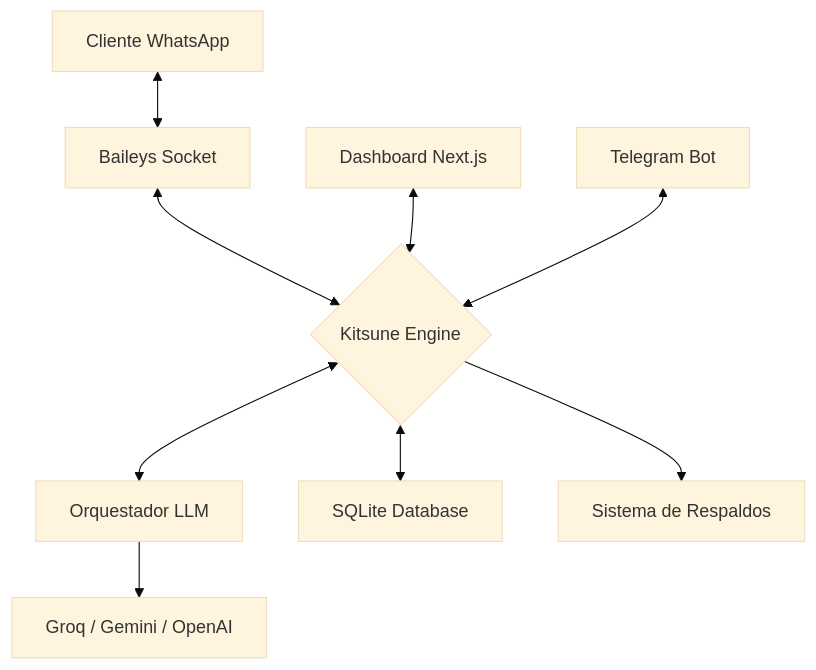
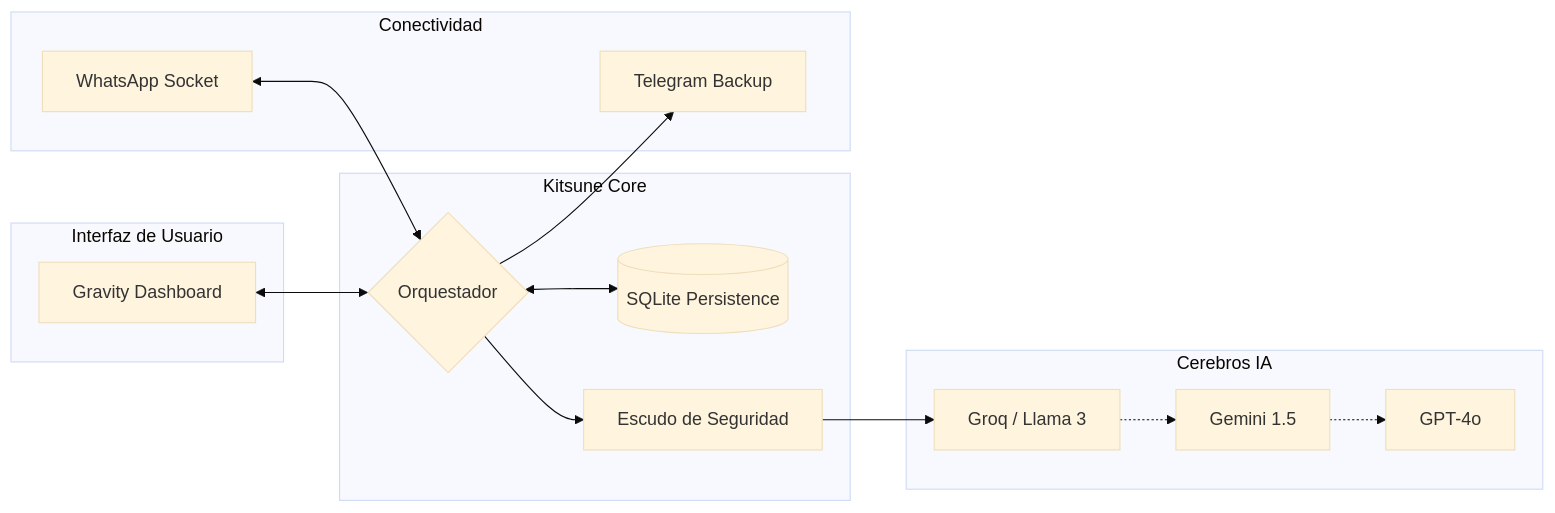
One commit to LedezmaSune/gravitybot8 changed the diagram in README.md. Above: the diagram before and after it, drawn with Mermaid (base theme). The commit also changed other lines of this file, not shown here.

````diff
--- a/README.md
+++ b/README.md
@@ -23,11 +25,32 @@
 ```mermaid
-graph TD
-    A[Cliente WhatsApp] <--> B[Baileys Socket]
-    B <--> C{Kitsune Engine}
-    C <--> D[Orquestador LLM]
-    D --> E[Groq / Gemini / OpenAI]
-    C <--> F[SQLite Database]
-    G[Dashboard Next.js] <--> C
-    H[Telegram Bot] <--> C
-    C --> I[Sistema de Respaldos]
+graph LR
+    subgraph "Interfaz de Usuario"
+        UI[Gravity Dashboard]
+    end
+
+    subgraph "Kitsune Core"
+        Motor{Orquestador}
+        DB[(SQLite Persistence)]
+        Sec[Escudo de Seguridad]
+    end
+
+    subgraph "Conectividad"
+        WA[WhatsApp Socket]
+        TG[Telegram Backup]
+    end
+
+    subgraph "Cerebros IA"
+        IA1[Groq / Llama 3]
+        IA2[Gemini 1.5]
+        IA3[GPT-4o]
+    end
+
+    UI <--> Motor
+    WA <--> Motor
+    Motor <--> DB
+    Motor --> Sec
+    Sec --> IA1
+    IA1 -.-> IA2
+    IA2 -.-> IA3
+    Motor --> TG
 ```
````
